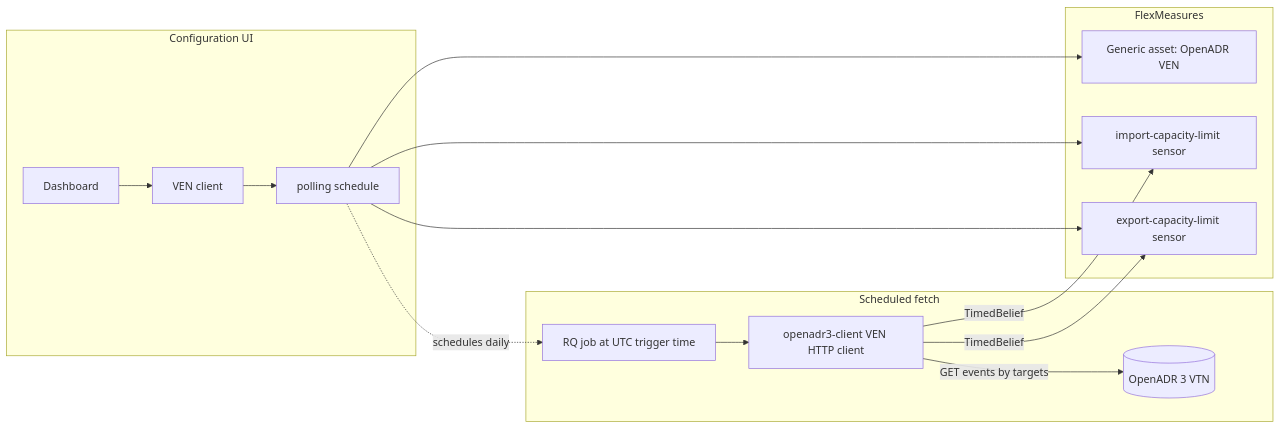
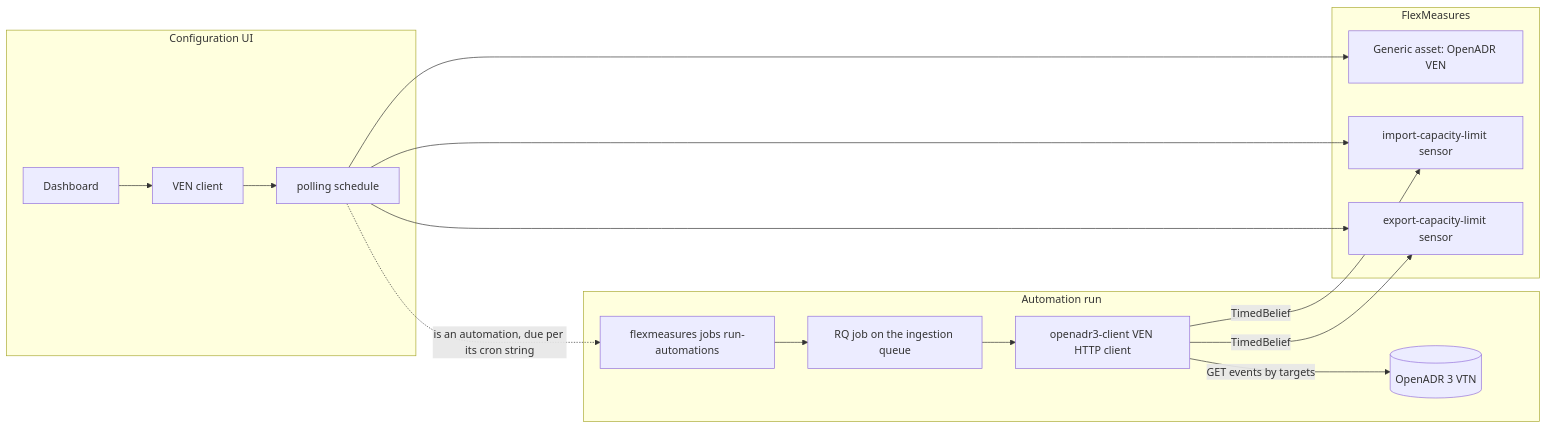
One commit to FlexMeasures/flexmeasures-openadr3 changed the diagram in README.md. Above: the diagram before and after it, drawn with Mermaid. The commit also changed other lines of this file and 34 other files, not shown here.

First line of the commit message:
feat!: run polling schedules as automations

````diff
--- a/README.md
+++ b/README.md
@@ -49,31 +49,33 @@
 ```mermaid
 flowchart LR
     subgraph config [Configuration UI]
         UI[Dashboard]
         VC[VEN client]
         SC[polling schedule]
         UI --> VC
         VC --> SC
     end
 
     subgraph fm [FlexMeasures]
         GA[Generic asset: OpenADR VEN]
         IS[import-capacity-limit sensor]
         ES[export-capacity-limit sensor]
         SC --> GA
         SC --> IS
         SC --> ES
     end
 
-    subgraph runtime [Scheduled fetch]
-        RQ[RQ job at UTC trigger time]
+    subgraph runtime [Automation run]
+        AR[flexmeasures jobs run-automations]
+        RQ[RQ job on the ingestion queue]
+        AR --> RQ
         VEN[openadr3-client VEN HTTP client]
         VTN[(OpenADR 3 VTN)]
         RQ --> VEN
         VEN -->|GET events by targets| VTN
         VEN -->|TimedBelief| IS
         VEN -->|TimedBelief| ES
     end
 
-    SC -.->|schedules daily| RQ
+    SC -.->|is an automation, due per its cron string| AR
 ```
````
